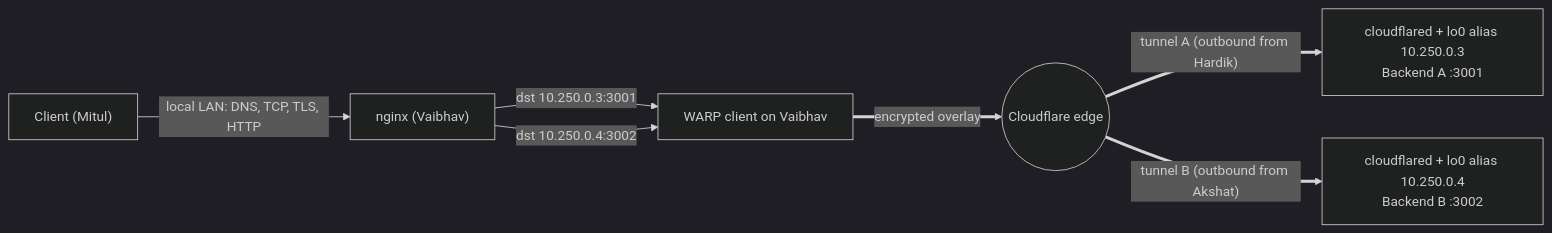
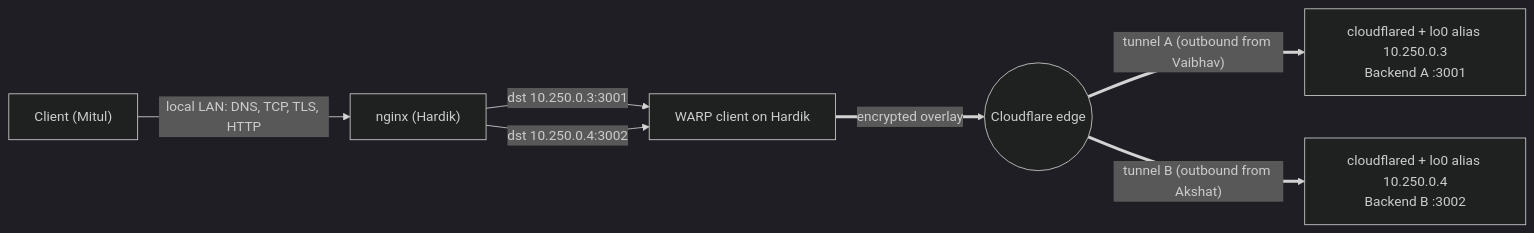
The fourth of 7 diagrams in docs/diagrams.md (KartikMehra22/CN-Project), drawn with Mermaid (dark theme) before and after one commit. The commit also changed other lines of this file and 38 other files, not shown here.

````diff
--- a/docs/diagrams.md
+++ b/docs/diagrams.md
@@ -39,9 +39,9 @@
 ```mermaid
 flowchart LR
-  C["Client (Mitul)"] -->|"local LAN: DNS, TCP, TLS, HTTP"| E["nginx (Vaibhav)"]
-  E -->|"dst 10.250.0.3:3001"| W["WARP client on Vaibhav"]
+  C["Client (Mitul)"] -->|"local LAN: DNS, TCP, TLS, HTTP"| E["nginx (Hardik)"]
+  E -->|"dst 10.250.0.3:3001"| W["WARP client on Hardik"]
   E -->|"dst 10.250.0.4:3002"| W
   W ==>|"encrypted overlay"| CF(("Cloudflare edge"))
-  CF ==>|"tunnel A (outbound from Hardik)"| HA["cloudflared + lo0 alias 10.250.0.3<br/>Backend A :3001"]
+  CF ==>|"tunnel A (outbound from Vaibhav)"| HA["cloudflared + lo0 alias 10.250.0.3<br/>Backend A :3001"]
   CF ==>|"tunnel B (outbound from Akshat)"| HB["cloudflared + lo0 alias 10.250.0.4<br/>Backend B :3002"]
 ```
````
